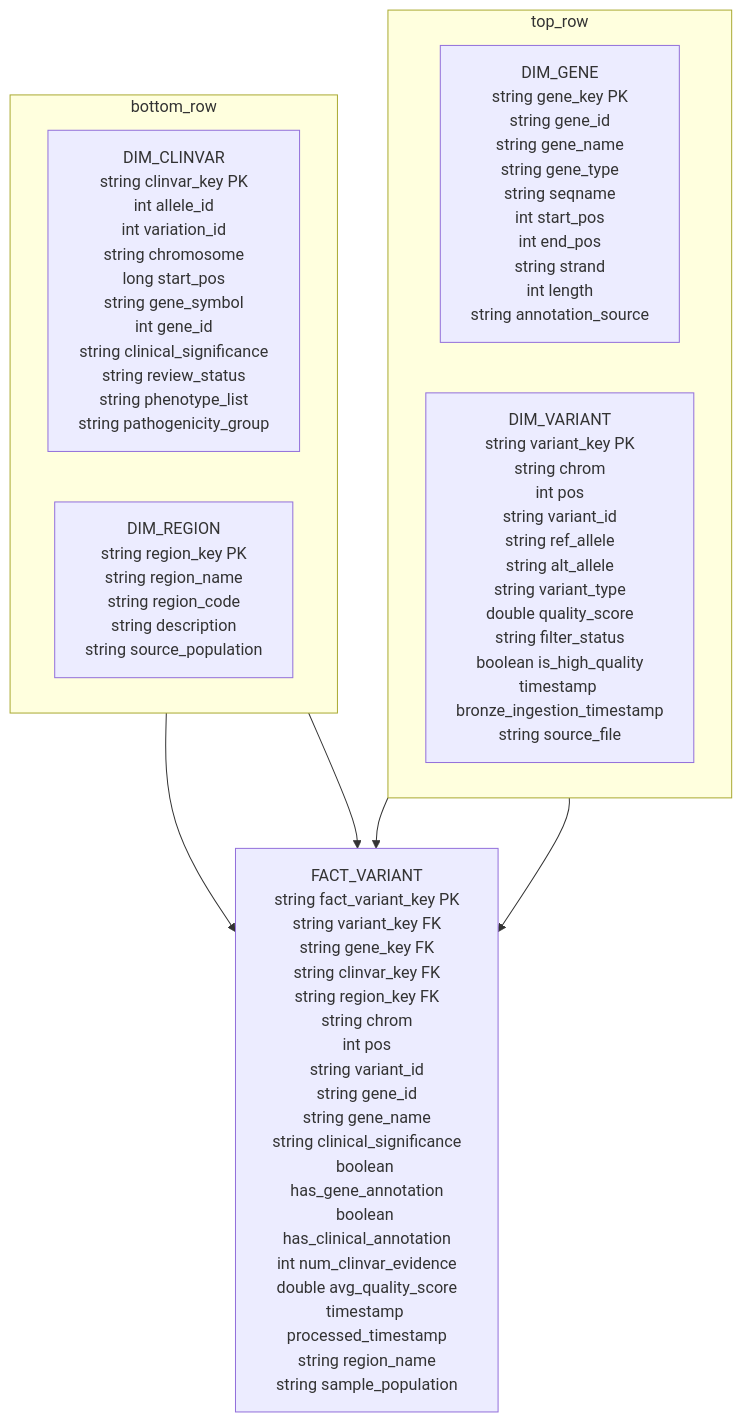
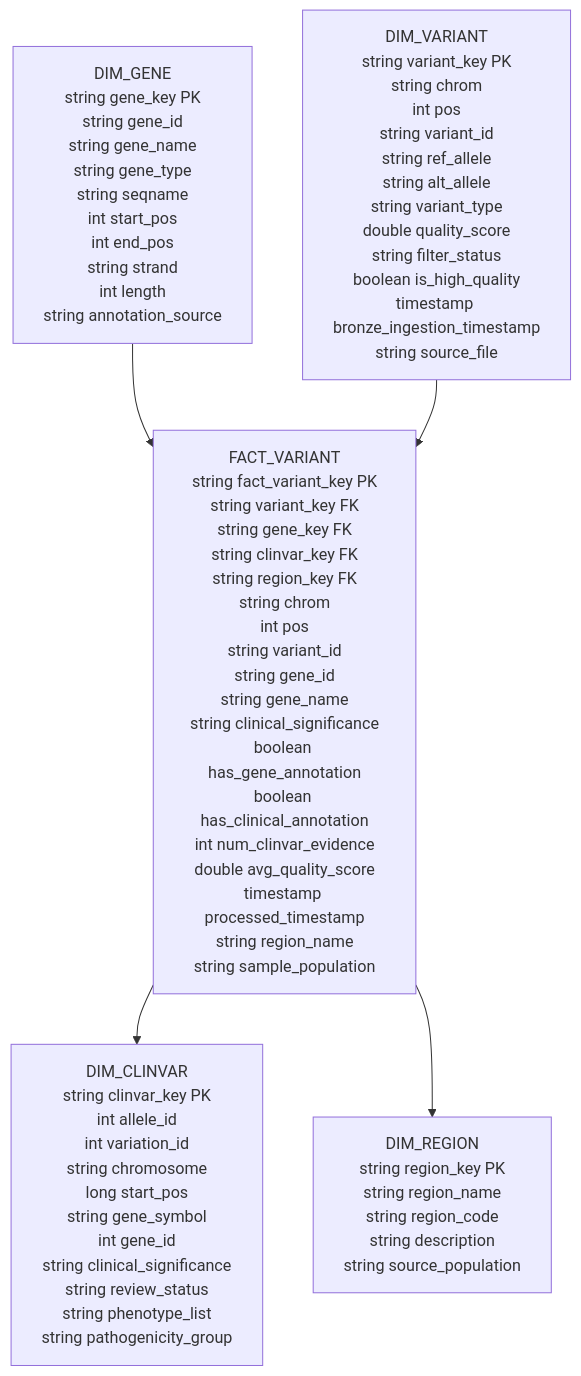
Before and after one commit to Manasa0512/Genomics_pipeline: the first of 3 diagrams in pipeline_diagram.md, drawn with Mermaid.

````diff
--- a/pipeline_diagram.md
+++ b/pipeline_diagram.md
@@ -31,21 +31,13 @@
 ```mermaid
 flowchart TB
-    subgraph top_row
-        direction LR
-        DIM_GENE["DIM_GENE\nstring gene_key PK\nstring gene_id\nstring gene_name\nstring gene_type\nstring seqname\nint start_pos\nint end_pos\nstring strand\nint length\nstring annotation_source"]
-        DIM_VARIANT["DIM_VARIANT\nstring variant_key PK\nstring chrom\nint pos\nstring variant_id\nstring ref_allele\nstring alt_allele\nstring variant_type\ndouble quality_score\nstring filter_status\nboolean is_high_quality\ntimestamp bronze_ingestion_timestamp\nstring source_file"]
-    end
-
+    DIM_GENE["DIM_GENE\nstring gene_key PK\nstring gene_id\nstring gene_name\nstring gene_type\nstring seqname\nint start_pos\nint end_pos\nstring strand\nint length\nstring annotation_source"]
+    DIM_VARIANT["DIM_VARIANT\nstring variant_key PK\nstring chrom\nint pos\nstring variant_id\nstring ref_allele\nstring alt_allele\nstring variant_type\ndouble quality_score\nstring filter_status\nboolean is_high_quality\ntimestamp bronze_ingestion_timestamp\nstring source_file"]
     FACT_VARIANT["FACT_VARIANT\nstring fact_variant_key PK\nstring variant_key FK\nstring gene_key FK\nstring clinvar_key FK\nstring region_key FK\nstring chrom\nint pos\nstring variant_id\nstring gene_id\nstring gene_name\nstring clinical_significance\nboolean has_gene_annotation\nboolean has_clinical_annotation\nint num_clinvar_evidence\ndouble avg_quality_score\ntimestamp processed_timestamp\nstring region_name\nstring sample_population"]
-
-    subgraph bottom_row
-        direction LR
-        DIM_CLINVAR["DIM_CLINVAR\nstring clinvar_key PK\nint allele_id\nint variation_id\nstring chromosome\nlong start_pos\nstring gene_symbol\nint gene_id\nstring clinical_significance\nstring review_status\nstring phenotype_list\nstring pathogenicity_group"]
-        DIM_REGION["DIM_REGION\nstring region_key PK\nstring region_name\nstring region_code\nstring description\nstring source_population"]
-    end
+    DIM_CLINVAR["DIM_CLINVAR\nstring clinvar_key PK\nint allele_id\nint variation_id\nstring chromosome\nlong start_pos\nstring gene_symbol\nint gene_id\nstring clinical_significance\nstring review_status\nstring phenotype_list\nstring pathogenicity_group"]
+    DIM_REGION["DIM_REGION\nstring region_key PK\nstring region_name\nstring region_code\nstring description\nstring source_population"]
 
     DIM_GENE --> FACT_VARIANT
     DIM_VARIANT --> FACT_VARIANT
-    DIM_CLINVAR --> FACT_VARIANT
-    DIM_REGION --> FACT_VARIANT
+    FACT_VARIANT --> DIM_CLINVAR
+    FACT_VARIANT --> DIM_REGION
 ```
````
